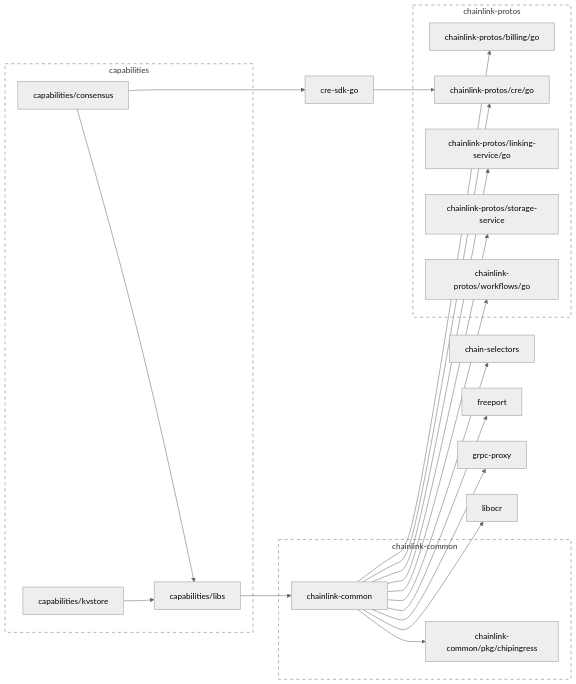
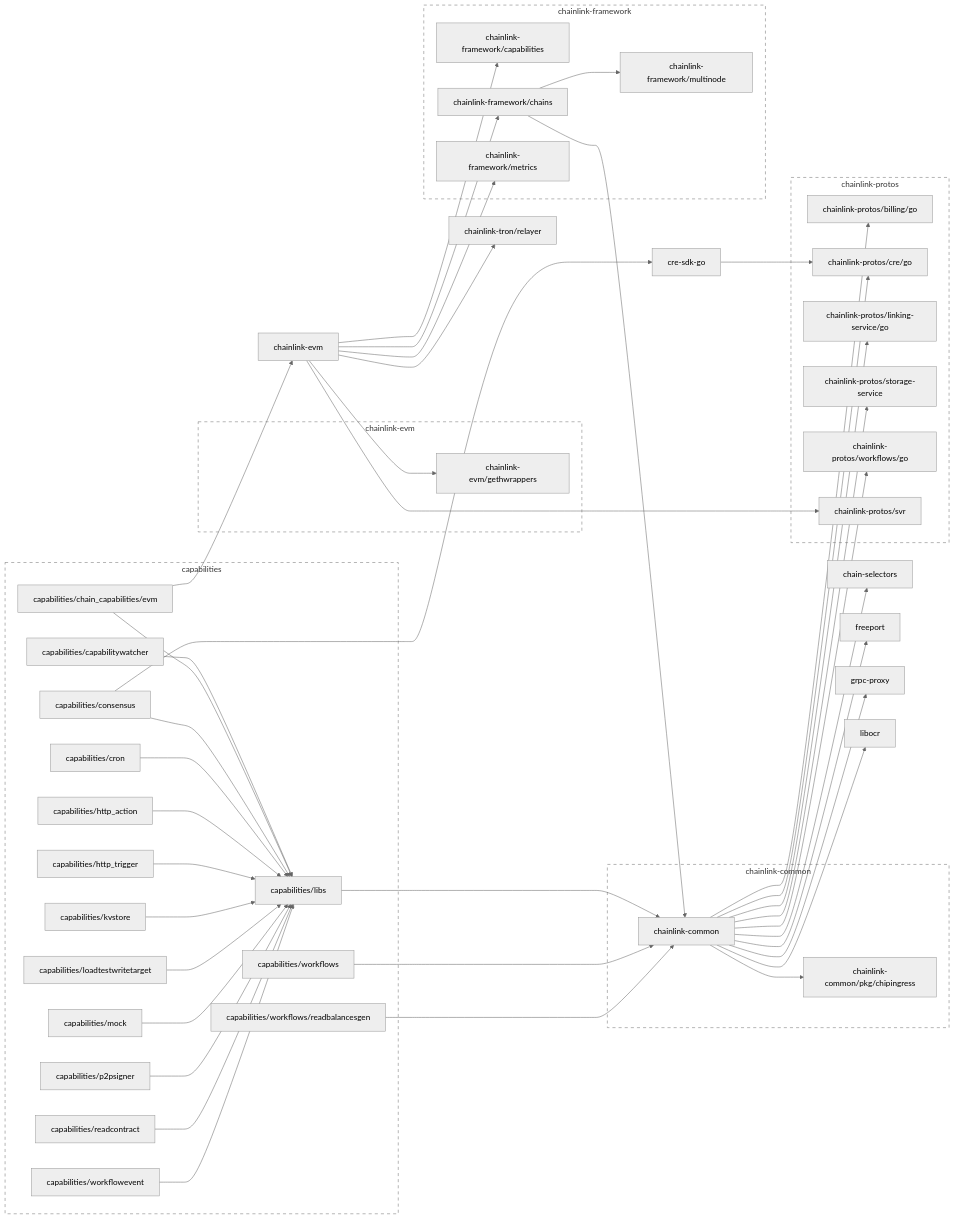
The diagram in go.md (smartcontractkit/capabilities), drawn with Mermaid (neutral theme) before and after one commit.

Commit message:
Update modgraph

````diff
--- a/go.md
+++ b/go.md
@@ -2,13 +2,38 @@
 ```mermaid
 flowchart LR
 
+	capabilities/capabilitywatcher --> capabilities/libs
+	click capabilities/capabilitywatcher href "https://github.com/smartcontractkit/capabilities"
+	capabilities/chain_capabilities/evm --> capabilities/libs
+	capabilities/chain_capabilities/evm --> chainlink-evm
+	click capabilities/chain_capabilities/evm href "https://github.com/smartcontractkit/capabilities"
 	capabilities/consensus --> capabilities/libs
 	capabilities/consensus --> cre-sdk-go
 	click capabilities/consensus href "https://github.com/smartcontractkit/capabilities"
+	capabilities/cron --> capabilities/libs
+	click capabilities/cron href "https://github.com/smartcontractkit/capabilities"
+	capabilities/http_action --> capabilities/libs
+	click capabilities/http_action href "https://github.com/smartcontractkit/capabilities"
+	capabilities/http_trigger --> capabilities/libs
+	click capabilities/http_trigger href "https://github.com/smartcontractkit/capabilities"
 	capabilities/kvstore --> capabilities/libs
 	click capabilities/kvstore href "https://github.com/smartcontractkit/capabilities"
 	capabilities/libs --> chainlink-common
 	click capabilities/libs href "https://github.com/smartcontractkit/capabilities"
+	capabilities/loadtestwritetarget --> capabilities/libs
+	click capabilities/loadtestwritetarget href "https://github.com/smartcontractkit/capabilities"
+	capabilities/mock --> capabilities/libs
+	click capabilities/mock href "https://github.com/smartcontractkit/capabilities"
+	capabilities/p2psigner --> capabilities/libs
+	click capabilities/p2psigner href "https://github.com/smartcontractkit/capabilities"
+	capabilities/readcontract --> capabilities/libs
+	click capabilities/readcontract href "https://github.com/smartcontractkit/capabilities"
+	capabilities/workflowevent --> capabilities/libs
+	click capabilities/workflowevent href "https://github.com/smartcontractkit/capabilities"
+	capabilities/workflows --> chainlink-common
+	click capabilities/workflows href "https://github.com/smartcontractkit/capabilities"
+	capabilities/workflows/readbalancesgen --> chainlink-common
+	click capabilities/workflows/readbalancesgen href "https://github.com/smartcontractkit/capabilities"
 	chain-selectors
 	click chain-selectors href "https://github.com/smartcontractkit/chain-selectors"
 	chainlink-common --> chain-selectors
@@ -24,6 +49,24 @@
 	click chainlink-common href "https://github.com/smartcontractkit/chainlink-common"
 	chainlink-common/pkg/chipingress
 	click chainlink-common/pkg/chipingress href "https://github.com/smartcontractkit/chainlink-common"
+	chainlink-evm --> chainlink-evm/gethwrappers
+	chainlink-evm --> chainlink-framework/capabilities
+	chainlink-evm --> chainlink-framework/chains
+	chainlink-evm --> chainlink-framework/metrics
+	chainlink-evm --> chainlink-protos/svr
+	chainlink-evm --> chainlink-tron/relayer
+	click chainlink-evm href "https://github.com/smartcontractkit/chainlink-evm"
+	chainlink-evm/gethwrappers
+	click chainlink-evm/gethwrappers href "https://github.com/smartcontractkit/chainlink-evm"
+	chainlink-framework/capabilities
+	click chainlink-framework/capabilities href "https://github.com/smartcontractkit/chainlink-framework"
+	chainlink-framework/chains --> chainlink-common
+	chainlink-framework/chains --> chainlink-framework/multinode
+	click chainlink-framework/chains href "https://github.com/smartcontractkit/chainlink-framework"
+	chainlink-framework/metrics
+	click chainlink-framework/metrics href "https://github.com/smartcontractkit/chainlink-framework"
+	chainlink-framework/multinode
+	click chainlink-framework/multinode href "https://github.com/smartcontractkit/chainlink-framework"
 	chainlink-protos/billing/go
 	click chainlink-protos/billing/go href "https://github.com/smartcontractkit/chainlink-protos"
 	chainlink-protos/cre/go
@@ -32,8 +75,12 @@
 	click chainlink-protos/linking-service/go href "https://github.com/smartcontractkit/chainlink-protos"
 	chainlink-protos/storage-service
 	click chainlink-protos/storage-service href "https://github.com/smartcontractkit/chainlink-protos"
+	chainlink-protos/svr
+	click chainlink-protos/svr href "https://github.com/smartcontractkit/chainlink-protos"
 	chainlink-protos/workflows/go
 	click chainlink-protos/workflows/go href "https://github.com/smartcontractkit/chainlink-protos"
+	chainlink-tron/relayer
+	click chainlink-tron/relayer href "https://github.com/smartcontractkit/chainlink-tron"
 	cre-sdk-go --> chainlink-protos/cre/go
 	click cre-sdk-go href "https://github.com/smartcontractkit/cre-sdk-go"
 	freeport
@@ -44,9 +91,21 @@
 	click libocr href "https://github.com/smartcontractkit/libocr"
 
 	subgraph capabilities-repo[capabilities]
+		 capabilities/capabilitywatcher
+		 capabilities/chain_capabilities/evm
 		 capabilities/consensus
+		 capabilities/cron
+		 capabilities/http_action
+		 capabilities/http_trigger
 		 capabilities/kvstore
 		 capabilities/libs
+		 capabilities/loadtestwritetarget
+		 capabilities/mock
+		 capabilities/p2psigner
+		 capabilities/readcontract
+		 capabilities/workflowevent
+		 capabilities/workflows
+		 capabilities/workflows/readbalancesgen
 	end
 	click capabilities-repo href "https://github.com/smartcontractkit/capabilities"
 
@@ -56,15 +115,30 @@
 	end
 	click chainlink-common-repo href "https://github.com/smartcontractkit/chainlink-common"
 
+	subgraph chainlink-evm-repo[chainlink-evm]
+		 chainlink-evm
+		 chainlink-evm/gethwrappers
+	end
+	click chainlink-evm-repo href "https://github.com/smartcontractkit/chainlink-evm"
+
+	subgraph chainlink-framework-repo[chainlink-framework]
+		 chainlink-framework/capabilities
+		 chainlink-framework/chains
+		 chainlink-framework/metrics
+		 chainlink-framework/multinode
+	end
+	click chainlink-framework-repo href "https://github.com/smartcontractkit/chainlink-framework"
+
 	subgraph chainlink-protos-repo[chainlink-protos]
 		 chainlink-protos/billing/go
 		 chainlink-protos/cre/go
 		 chainlink-protos/linking-service/go
 		 chainlink-protos/storage-service
+		 chainlink-protos/svr
 		 chainlink-protos/workflows/go
 	end
 	click chainlink-protos-repo href "https://github.com/smartcontractkit/chainlink-protos"
 
 	classDef outline stroke-dasharray:6,fill:none;
-	class capabilities-repo,chainlink-common-repo,chainlink-protos-repo outline
+	class capabilities-repo,chainlink-common-repo,chainlink-evm-repo,chainlink-framework-repo,chainlink-protos-repo outline
 ```
````
